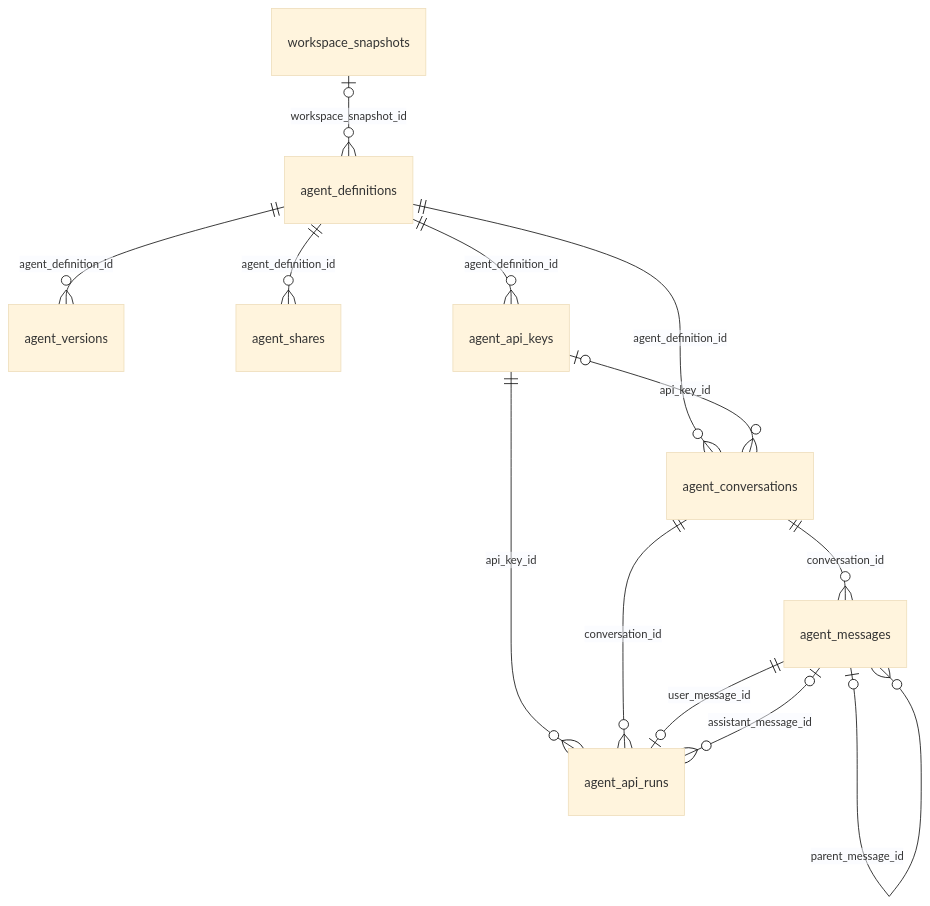
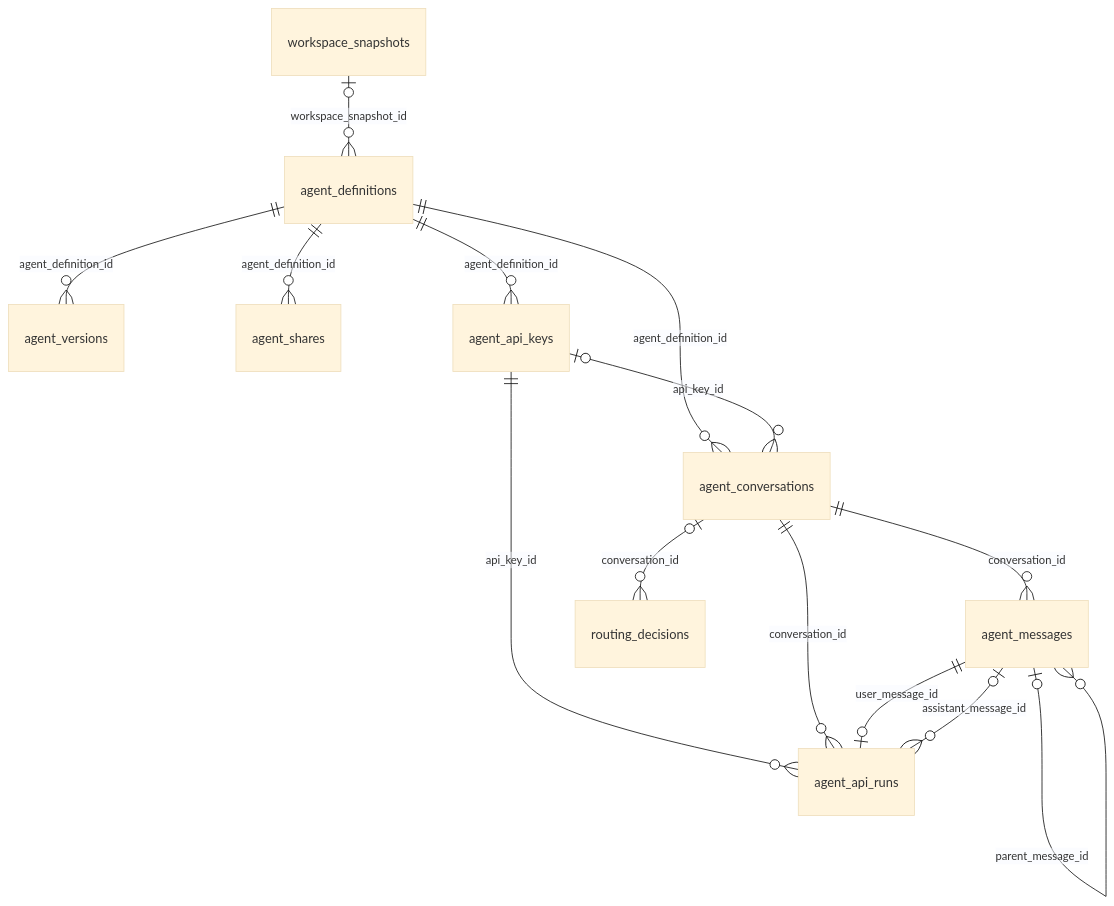
One commit to Lynricsy/AgentLoom changed the third of 8 diagrams in agentloom-docs/dev/server/database.md. Above: the diagram before and after it, drawn with Mermaid (base theme). The commit also changed other lines of this file and 4 other files, not shown here.

````diff
--- a/agentloom-docs/dev/server/database.md
+++ b/agentloom-docs/dev/server/database.md
@@ -77,15 +77,16 @@
 ```mermaid
 erDiagram
     agent_definitions ||--o{ agent_versions : "agent_definition_id"
     agent_definitions ||--o{ agent_shares : "agent_definition_id"
     agent_definitions ||--o{ agent_conversations : "agent_definition_id"
     agent_conversations ||--o{ agent_messages : "conversation_id"
     agent_messages |o--o{ agent_messages : "parent_message_id"
     workspace_snapshots |o--o{ agent_definitions : "workspace_snapshot_id"
     agent_definitions ||--o{ agent_api_keys : "agent_definition_id"
     agent_api_keys |o--o{ agent_conversations : "api_key_id"
     agent_api_keys ||--o{ agent_api_runs : "api_key_id"
     agent_conversations ||--o{ agent_api_runs : "conversation_id"
+    agent_conversations |o--o{ routing_decisions : "conversation_id"
     agent_messages ||--o| agent_api_runs : "user_message_id"
     agent_messages |o--o{ agent_api_runs : "assistant_message_id"
 ```
````
